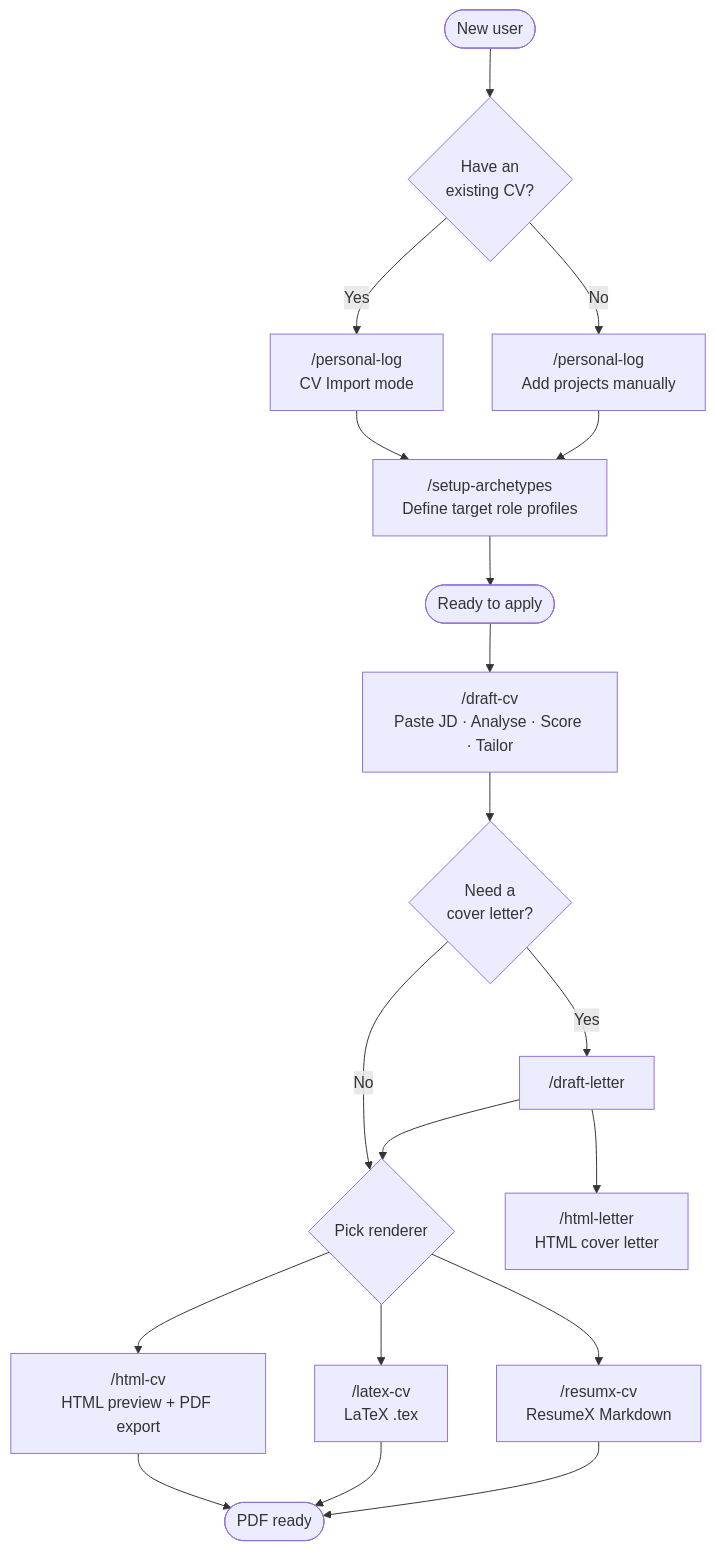
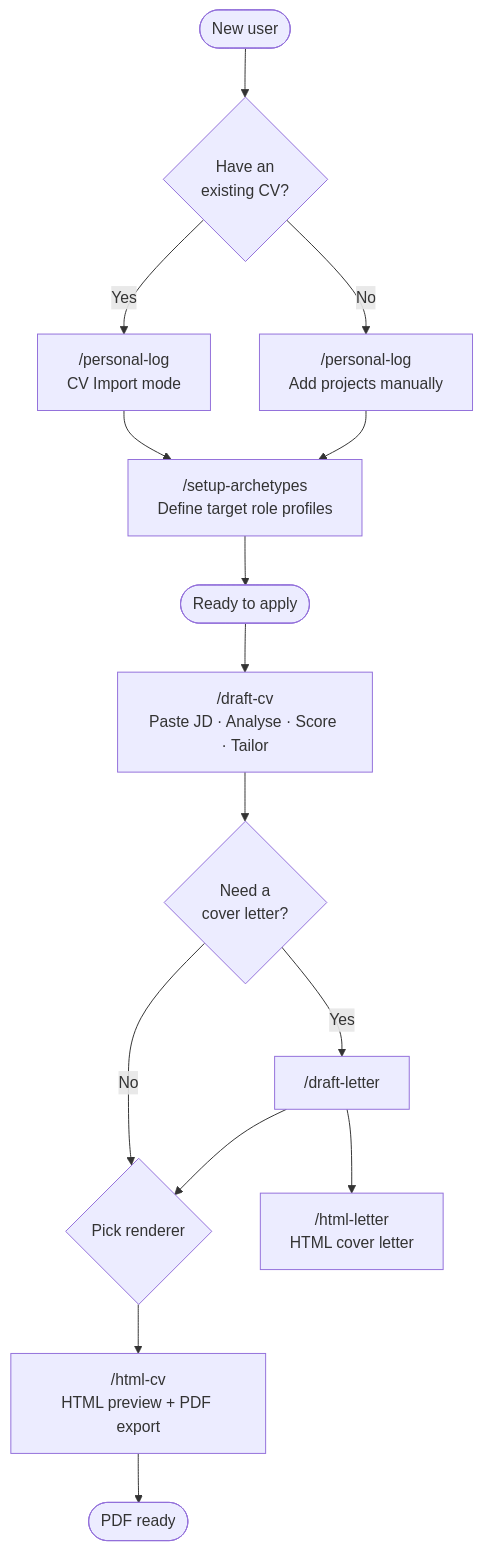
Before and after one commit to tiennt0212/cv-builder: the diagram in docs/guide.md, drawn with Mermaid. The commit also changed other lines of this file and 23 other files, not shown here.

First line of the commit message:
feat: remove latex-cv and resumx-cv renderer skills (issue #9)

````diff
--- a/docs/guide.md
+++ b/docs/guide.md
@@ -13,29 +13,25 @@
 ```mermaid
 flowchart TD
     Start([New user]) --> hasCV{Have an\nexisting CV?}
 
     hasCV -->|Yes| import["/personal-log\nCV Import mode"]
     hasCV -->|No| manual["/personal-log\nAdd projects manually"]
 
     import --> archetypes["/setup-archetypes\nDefine target role profiles"]
     manual --> archetypes
 
     archetypes --> ready([Ready to apply])
 
     ready --> draftcv["/draft-cv\nPaste JD · Analyse · Score · Tailor"]
     draftcv --> letter{Need a\ncover letter?}
 
     letter -->|Yes| draftletter["/draft-letter"]
     letter -->|No| renderer
 
     draftletter --> htmlletter["/html-letter\nHTML cover letter"]
     draftletter --> renderer{Pick renderer}
 
     renderer --> html["/html-cv\nHTML preview + PDF export"]
-    renderer --> latex["/latex-cv\nLaTeX .tex"]
-    renderer --> resumx["/resumx-cv\nResumeX Markdown"]
 
     html --> done([PDF ready])
-    latex --> done
-    resumx --> done
 ```
````
